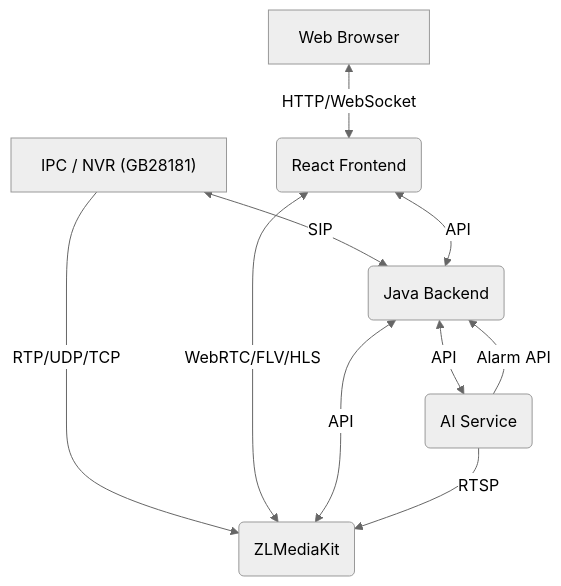
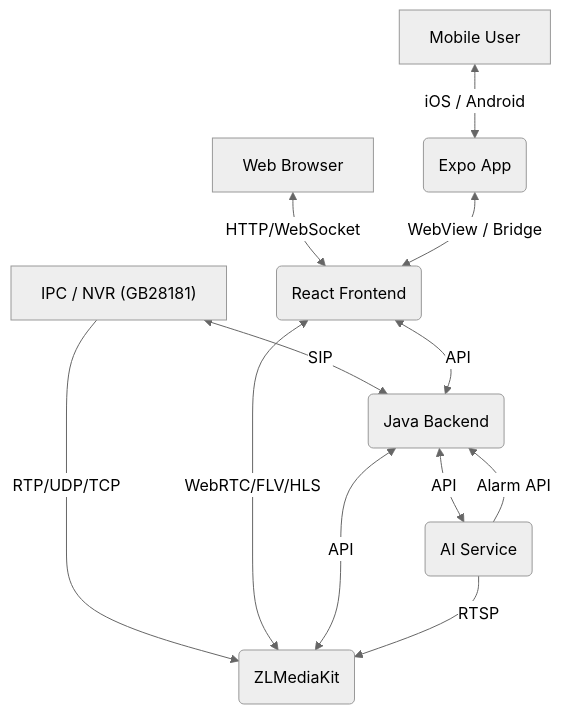
The diagram in README.md (OwnDing/gb28181), drawn with Mermaid (neutral theme) before and after one commit. The commit also changed other lines of this file and 4 other files, not shown here.

````diff
--- a/README.md
+++ b/README.md
@@ -21,15 +23,17 @@
 ```mermaid
 graph TD
     Camera["IPC / NVR (GB28181)"] <-->|SIP| Backend("Java Backend")
     Camera -->|RTP/UDP/TCP| ZLM("ZLMediaKit")
     
     User["Web Browser"] <-->|HTTP/WebSocket| Frontend("React Frontend")
+    MobileUser["Mobile User"] <-->|iOS / Android| ExpoApp("Expo App")
+    ExpoApp <-->|WebView / Bridge| Frontend
     Frontend <-->|API| Backend
     Frontend <-->|WebRTC/FLV/HLS| ZLM
     
     Backend <-->|API| ZLM
     Backend <-->|API| AI("AI Service")
     
     AI -->|RTSP| ZLM
     AI -->|Alarm API| Backend
 ```
````
